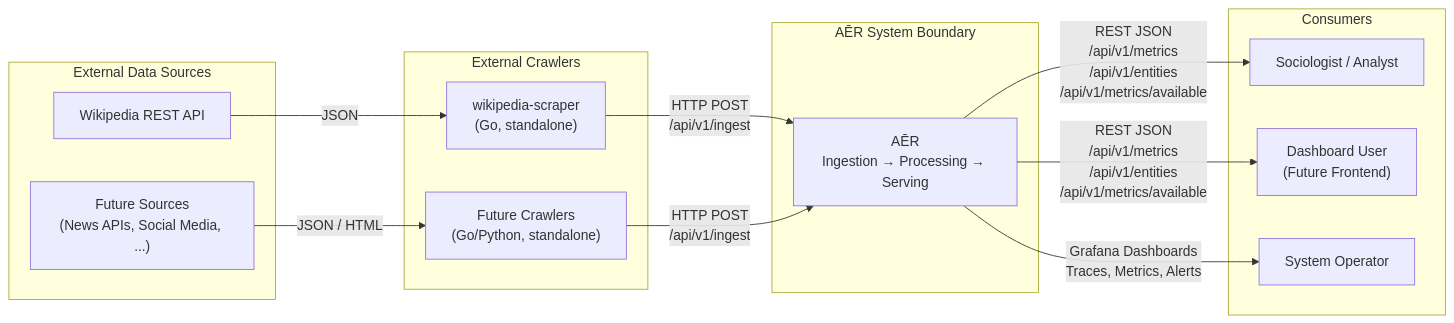
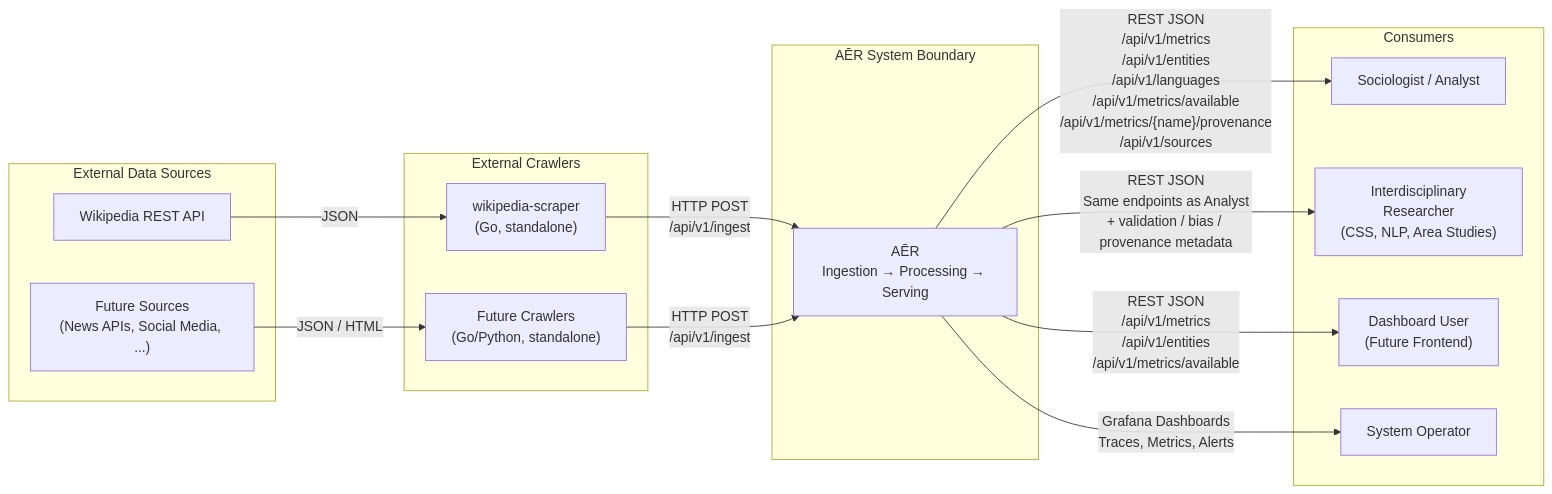
The first of 2 diagrams in docs/arc42/03_system_scope_and_context.md (frogfromlake/aer), drawn with Mermaid before and after one commit. The commit also changed other lines of this file, not shown here.

Commit message:
docs(arc42): extend §3 context with researcher actor and BFF endpoint surface

````diff
--- a/docs/arc42/03_system_scope_and_context.md
+++ b/docs/arc42/03_system_scope_and_context.md
@@ -9,30 +9,32 @@
 ```mermaid
 graph LR
     subgraph "External Data Sources"
         WikiAPI["Wikipedia REST API"]
         FutureSrc["Future Sources<br/>(News APIs, Social Media, ...)"]
     end
 
     subgraph "External Crawlers"
         WikiCrawler["wikipedia-scraper<br/>(Go, standalone)"]
         FutureCrawler["Future Crawlers<br/>(Go/Python, standalone)"]
     end
 
     subgraph "AĒR System Boundary"
         AER["AĒR<br/>Ingestion → Processing → Serving"]
     end
 
     subgraph "Consumers"
         Analyst["Sociologist / Analyst"]
+        Researcher["Interdisciplinary<br/>Researcher<br/>(CSS, NLP, Area Studies)"]
         Dashboard["Dashboard User<br/>(Future Frontend)"]
         Operator["System Operator"]
     end
 
     WikiAPI -->|"JSON"| WikiCrawler
     FutureSrc -->|"JSON / HTML"| FutureCrawler
     WikiCrawler -->|"HTTP POST<br/>/api/v1/ingest"| AER
     FutureCrawler -->|"HTTP POST<br/>/api/v1/ingest"| AER
-    AER -->|"REST JSON<br/>/api/v1/metrics<br/>/api/v1/entities<br/>/api/v1/metrics/available"| Analyst
+    AER -->|"REST JSON<br/>/api/v1/metrics<br/>/api/v1/entities<br/>/api/v1/languages<br/>/api/v1/metrics/available<br/>/api/v1/metrics/{name}/provenance<br/>/api/v1/sources"| Analyst
+    AER -->|"REST JSON<br/>Same endpoints as Analyst<br/>+ validation / bias / provenance metadata"| Researcher
     AER -->|"REST JSON<br/>/api/v1/metrics<br/>/api/v1/entities<br/>/api/v1/metrics/available"| Dashboard
     AER -->|"Grafana Dashboards<br/>Traces, Metrics, Alerts"| Operator
 ```
````
